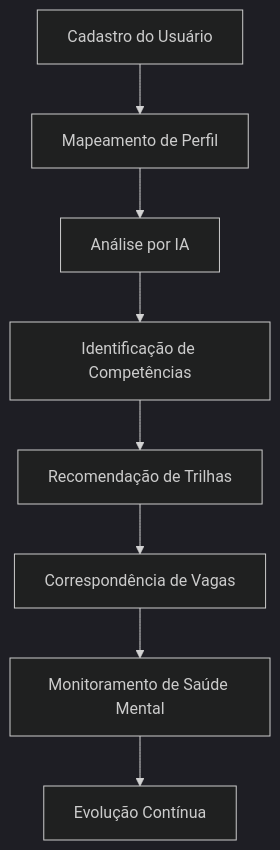
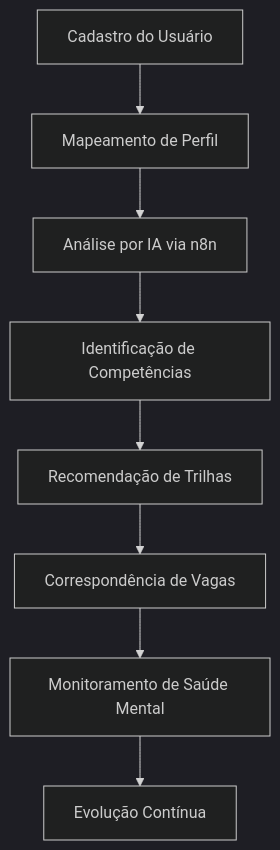
One commit to No-Country-simulation/S06-26-AB-EQUIPE-68 changed the first of 2 diagrams in README.md. Above: the diagram before and after it, drawn with Mermaid (dark theme). The commit also changed other lines of this file, not shown here.

````diff
--- a/README.md
+++ b/README.md
@@ -62,17 +62,17 @@
 ```mermaid
 flowchart TD
 
 A[Cadastro do Usuário] --> B[Mapeamento de Perfil]
 
-B --> C[Análise por IA]
+B --> C[Análise por IA via n8n]
 
 C --> D[Identificação de Competências]
 
 D --> E[Recomendação de Trilhas]
 
 E --> F[Correspondência de Vagas]
 
 F --> G[Monitoramento de Saúde Mental]
 
 G --> H[Evolução Contínua]
 ```
````
